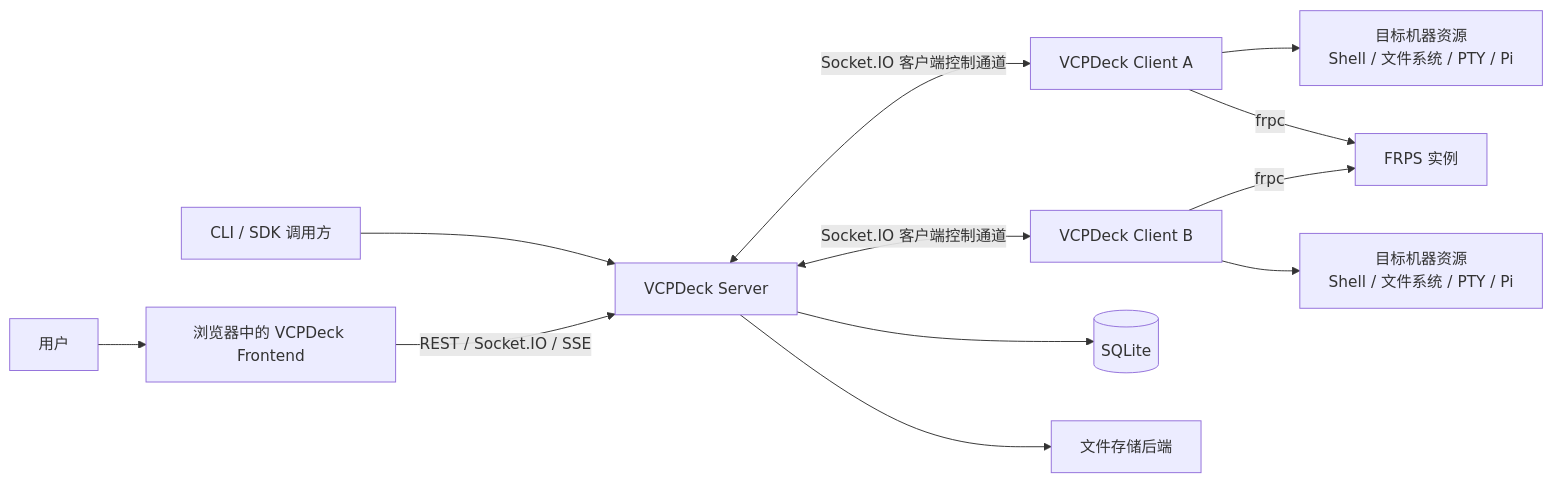
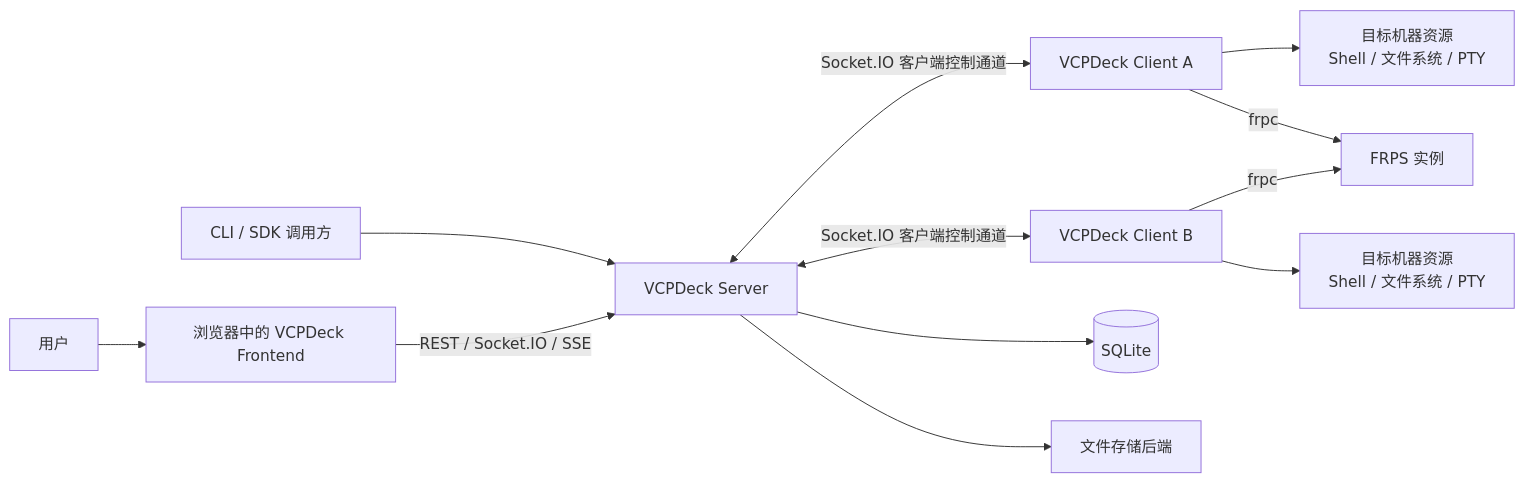
One commit to xuzhen97/VCPDeck changed the first of 8 diagrams in docs/architecture.md. Above: the diagram before and after it, drawn with Mermaid. The commit also changed other lines of this file and 399 other files, not shown here.

````diff
--- a/docs/architecture.md
+++ b/docs/architecture.md
@@ -41,18 +40,18 @@
 ```mermaid
 flowchart LR
     User[用户] --> Browser[浏览器中的 VCPDeck Frontend]
     Operator[CLI / SDK 调用方] --> Server[VCPDeck Server]
 
     Browser -->|REST / Socket.IO / SSE| Server
     Server <-->|Socket.IO 客户端控制通道| ClientA[VCPDeck Client A]
     Server <-->|Socket.IO 客户端控制通道| ClientB[VCPDeck Client B]
 
-    ClientA --> HostA[目标机器资源<br/>Shell / 文件系统 / PTY / Pi]
-    ClientB --> HostB[目标机器资源<br/>Shell / 文件系统 / PTY / Pi]
+    ClientA --> HostA[目标机器资源<br/>Shell / 文件系统 / PTY]
+    ClientB --> HostB[目标机器资源<br/>Shell / 文件系统 / PTY]
 
     Server --> Database[(SQLite)]
     Server --> Storage[文件存储后端]
 
     ClientA -->|frpc| Frps[FRPS 实例]
     ClientB -->|frpc| Frps
 ```
````
